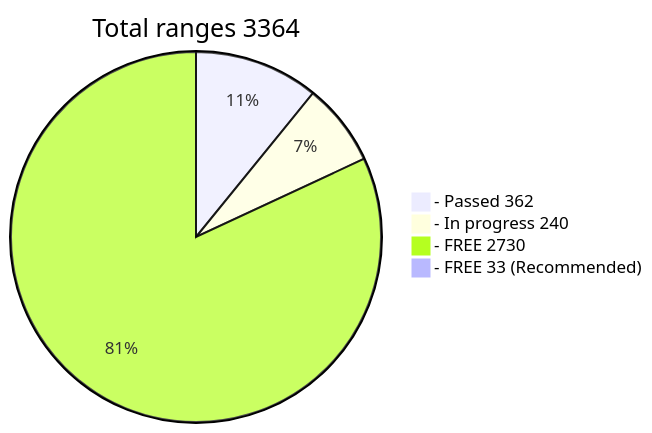
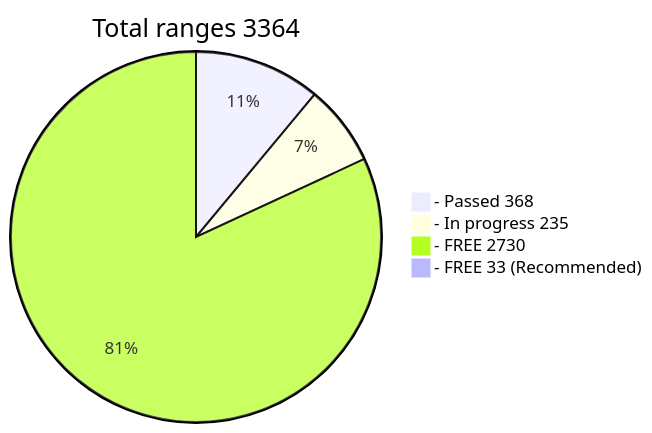
Before and after one commit to phrutis/wif500: the diagram in README.md, drawn with Mermaid.

````diff
--- a/README.md
+++ b/README.md
@@ -16,7 +16,7 @@
 ```mermaid
 pie title Total ranges 3364
-  "- Passed 362" : 362
-  "- In progress 240" : 240
+  "- Passed 368" : 368
+  "- In progress 235" : 235
   "- FREE 2730" : 2730
   "- FREE 33 (Recommended)" : 33
 ```
````
